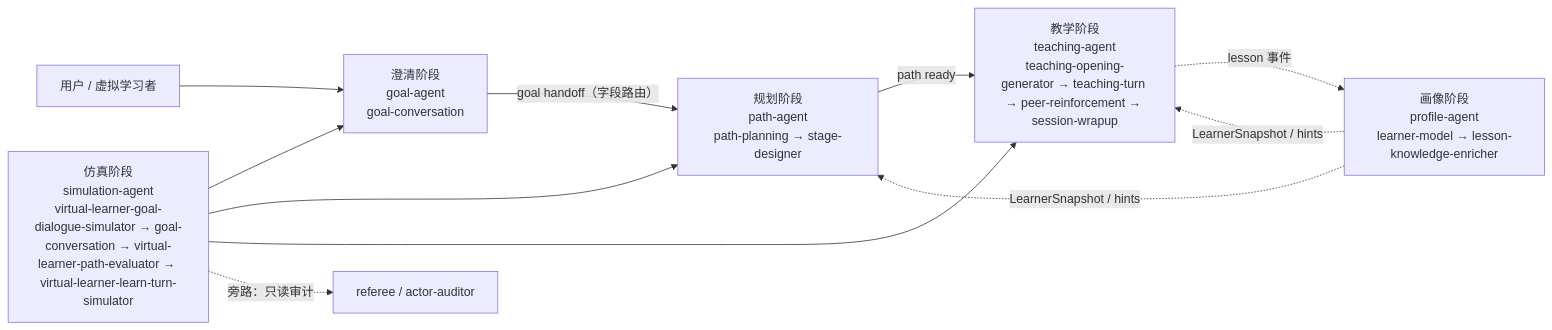
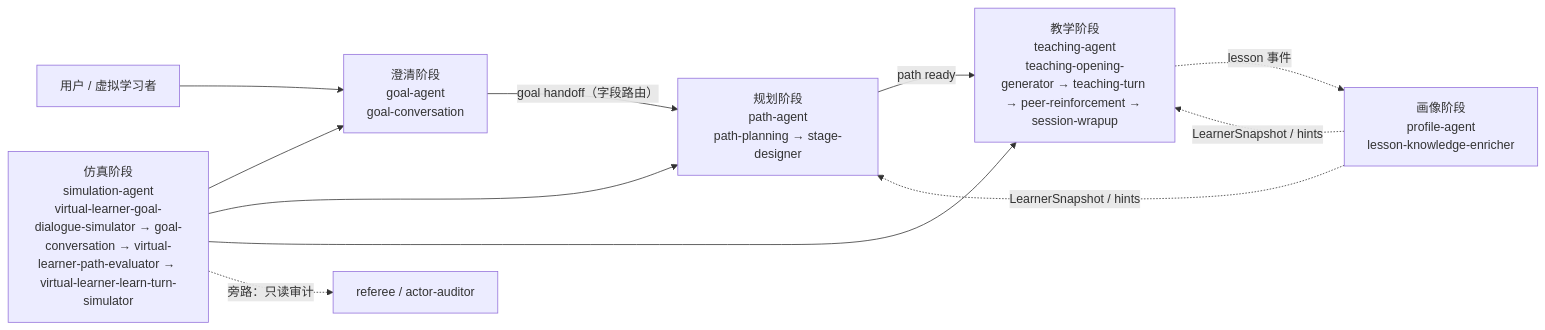
The diagram in doc/PIPELINE_MAP.md (wenflow-org/wenflow), drawn with Mermaid before and after one commit. The commit also changed other lines of this file and 7 other files, not shown here.

First line of the commit message:
fix(pipeline): profile-agent 声明链与真实链不符

````diff
--- a/doc/PIPELINE_MAP.md
+++ b/doc/PIPELINE_MAP.md
@@ -20,13 +20,13 @@
 ```mermaid
 flowchart LR
   U[用户 / 虚拟学习者] --> G["澄清阶段<br/>goal-agent<br/>goal-conversation"]
   G -->|"goal handoff（字段路由）"| P["规划阶段<br/>path-agent<br/>path-planning → stage-designer"]
   P -->|"path ready"| T["教学阶段<br/>teaching-agent<br/>teaching-opening-generator → teaching-turn → peer-reinforcement → session-wrapup"]
-  T -.->|"lesson 事件"| F["画像阶段<br/>profile-agent<br/>learner-model → lesson-knowledge-enricher"]
+  T -.->|"lesson 事件"| F["画像阶段<br/>profile-agent<br/>lesson-knowledge-enricher"]
   F -.->|"LearnerSnapshot / hints"| P
   F -.->|"LearnerSnapshot / hints"| T
   S["仿真阶段<br/>simulation-agent<br/>virtual-learner-goal-dialogue-simulator → goal-conversation → virtual-learner-path-evaluator → virtual-learner-learn-turn-simulator"] --> G
   S --> P
   S --> T
   S -.->|"旁路：只读审计"| R["referee / actor-auditor"]
 ```
````
